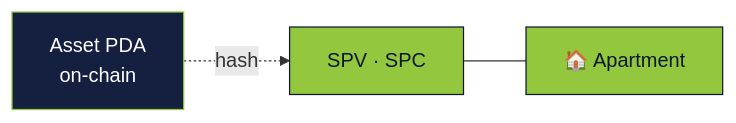
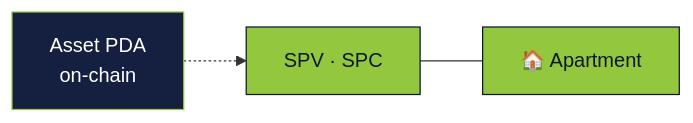
Before and after one commit to In-Da-Hack-Decentrathon/presentation: diagram 21 of 44 in slides-en.md, drawn with Mermaid. The commit also changed other lines of this file and 1 other file, not shown here.

````diff
--- a/slides-en.md
+++ b/slides-en.md
@@ -2333,12 +2333,12 @@
 ```mermaid {scale: 0.55}
 flowchart LR
   Asset[Asset PDA<br/>on-chain]
   SPV[SPV · SPC]
   Flat[🏠 Apartment]
-  Asset -.hash.-> SPV
+  Asset -.-> SPV
   SPV --- Flat
   classDef new fill:#92c73e,stroke:#0e1830,color:#0e1830
   classDef dim fill:#152040,stroke:#92c73e,color:#ffffff
   class Asset dim
   class SPV,Flat new
 ```
````
